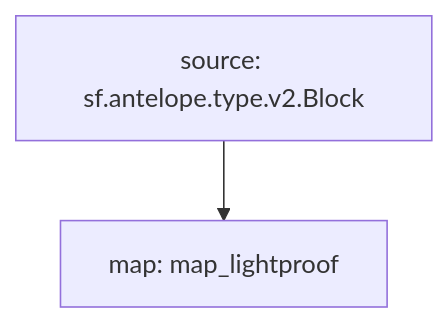
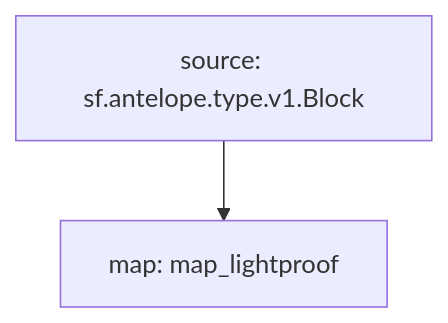
The diagram in eosio.ibc/README.md (pinax-network/substreams), drawn with Mermaid before and after one commit. The commit also changed 6 other files, not shown here.

````diff
--- a/eosio.ibc/README.md
+++ b/eosio.ibc/README.md
@@ -13,5 +13,5 @@
 ```mermaid
 graph TD;
   map_lightproof[map: map_lightproof]
-  sf.antelope.type.v2.Block[source: sf.antelope.type.v2.Block] --> map_lightproof
+  sf.antelope.type.v1.Block[source: sf.antelope.type.v1.Block] --> map_lightproof
 ```
````
